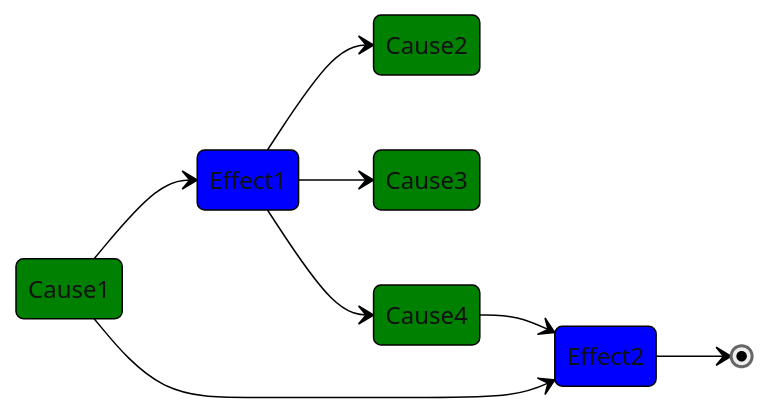
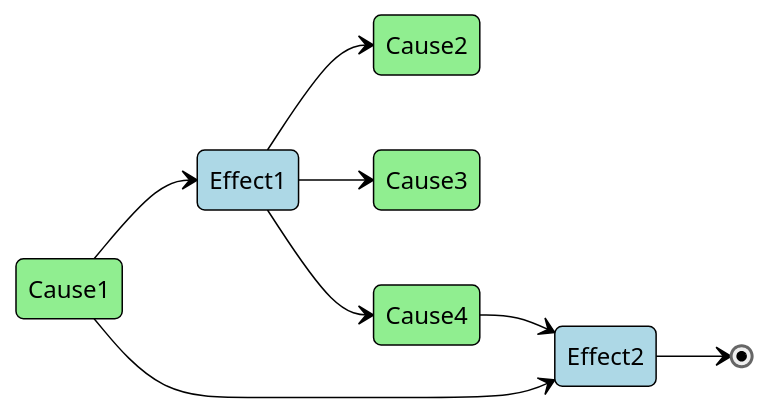
One commit to Goddchen/causality changed the diagram in README.md. Above: the diagram before and after it, drawn with Mermaid (neutral theme). The commit also changed 1 other file, not shown here.

Commit message:
docs(causality): adjust diagram colors

````diff
--- a/README.md
+++ b/README.md
@@ -39,26 +39,26 @@
 ```mermaid
 stateDiagram-v2
 direction LR
 
-classDef cause fill:green
-classDef effect fill:blue
+classDef cause fill:lightgreen,color:black
+classDef effect fill:lightblue,color:black
 
 Cause1 --> Effect1
 
 Effect1 --> Cause2
 Effect1 --> Cause3
 Effect1 --> Cause4
 
 Cause1 --> Effect2
 
 Cause4 --> Effect2
 
 Effect2 --> [*]
 
 class Cause1 cause
 class Cause2 cause
 class Cause3 cause
 class Cause4 cause
 class Effect1 effect
 class Effect2 effect
 ```
````
